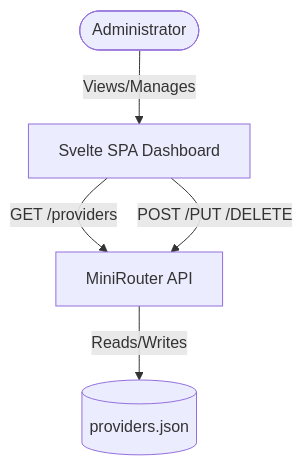
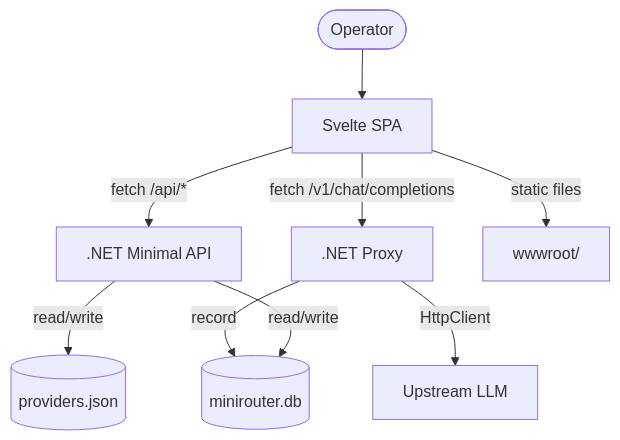
Before and after one commit to fanioz/minirouter: the first of 2 diagrams in docs/architecture/component-architecture.md, drawn with Mermaid. The commit also changed other lines of this file and 63 other files, not shown here.

First line of the commit message:
docs: sync architecture with current code, relocate design package

````diff
--- a/docs/architecture/component-architecture.md
+++ b/docs/architecture/component-architecture.md
@@ -28,7 +73,11 @@
 ```mermaid
 graph TD
-    User([Administrator]) --> |Views/Manages| SPA[Svelte SPA Dashboard]
-    SPA --> |GET /providers| API[MiniRouter API]
-    SPA --> |POST /PUT /DELETE| API
-    API --> |Reads/Writes| File[(providers.json)]
+    User([Operator]) --> SPA[Svelte SPA]
+    SPA -->|fetch /api/*| API[.NET Minimal API]
+    SPA -->|fetch /v1/chat/completions| Proxy[.NET Proxy]
+    Proxy -->|HttpClient| Upstream[Upstream LLM]
+    Proxy -->|record| SQLite[(minirouter.db)]
+    API -->|read/write| Providers[(providers.json)]
+    API -->|read/write| SQLite
+    SPA -->|static files| Static[wwwroot/]
 ```
````
